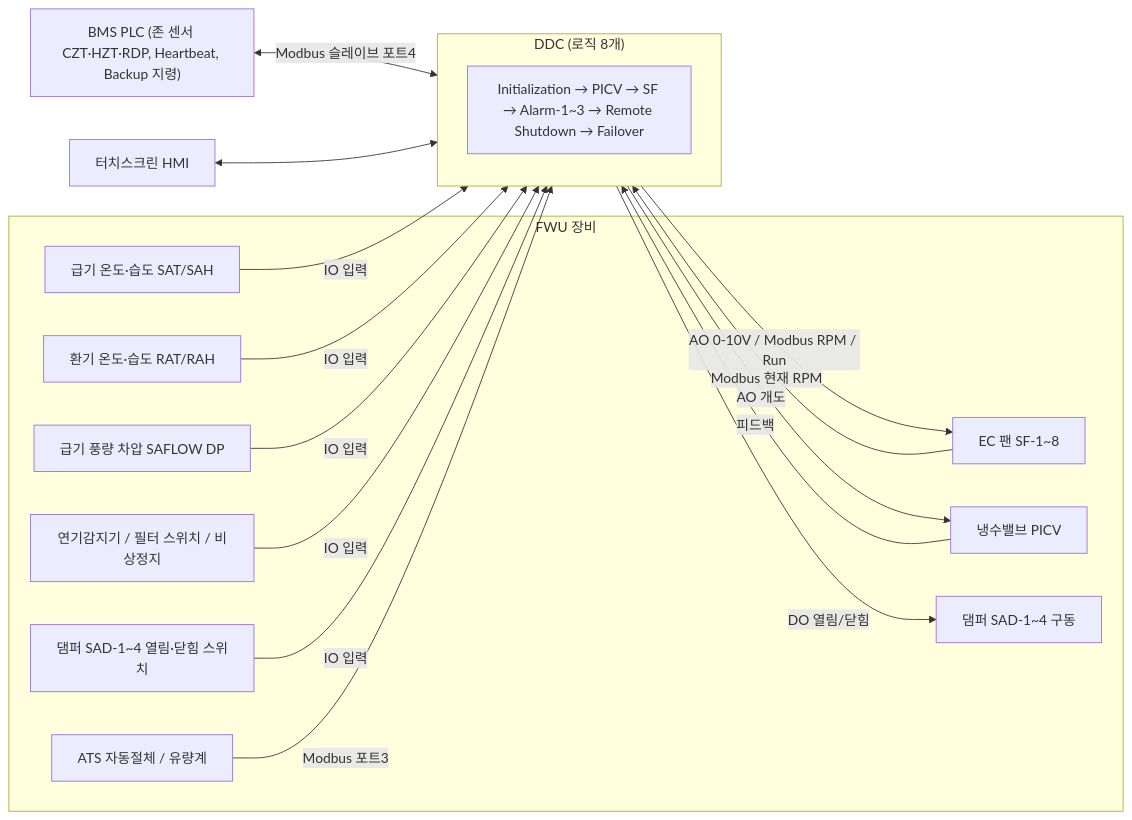
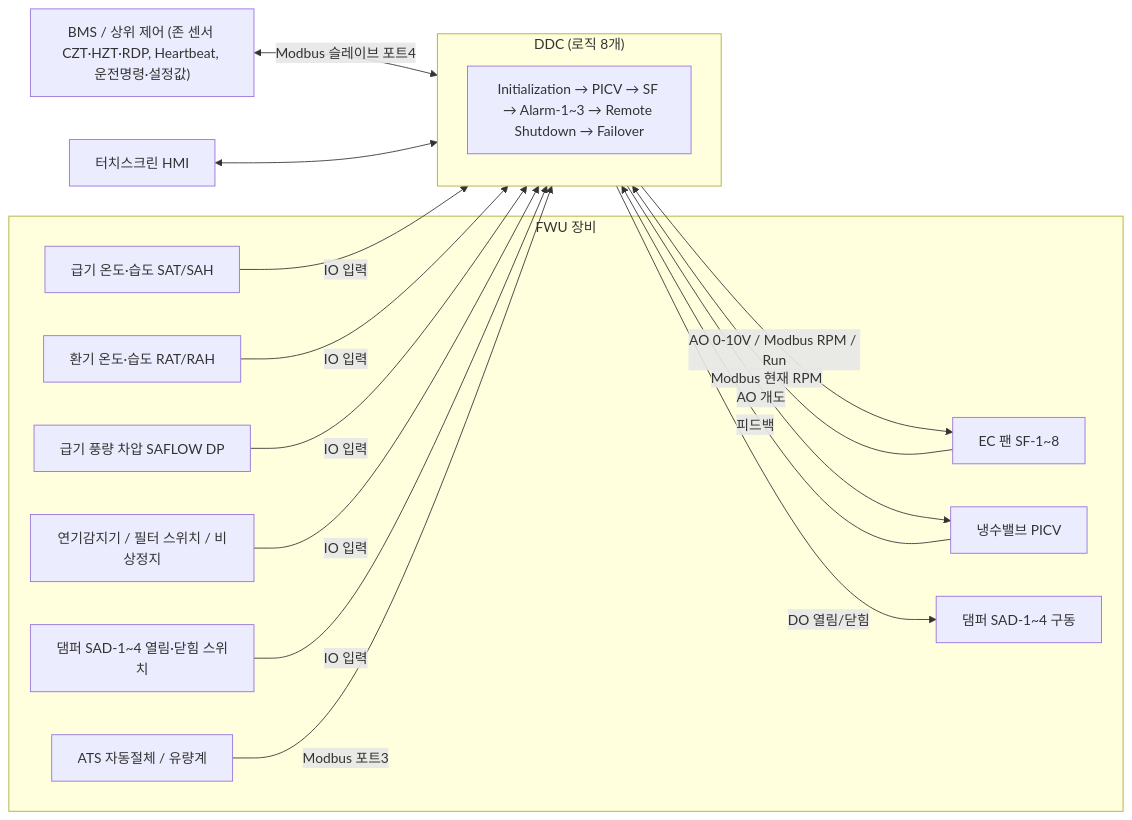
One commit to joo001121-create/FWU-logic changed the first of 12 diagrams in FWU_Logic_초보자_설명서.md. Above: the diagram before and after it, drawn with Mermaid. The commit also changed other lines of this file and 7 other files, not shown here.

````diff
--- a/FWU_Logic_초보자_설명서.md
+++ b/FWU_Logic_초보자_설명서.md
@@ -78,28 +91,28 @@
 ```mermaid
 flowchart LR
     subgraph 현장["FWU 장비"]
         S1["급기 온도·습도 SAT/SAH"]
         S2["환기 온도·습도 RAT/RAH"]
         S3["급기 풍량 차압 SAFLOW DP"]
         S4["연기감지기 / 필터 스위치 / 비상정지"]
         S5["댐퍼 SAD-1~4 열림·닫힘 스위치"]
         F["EC 팬 SF-1~8"]
         V["냉수밸브 PICV"]
         D["댐퍼 SAD-1~4 구동"]
         A["ATS 자동절체 / 유량계"]
     end
     subgraph DDC["DDC (로직 8개)"]
         L["Initialization → PICV → SF → Alarm-1~3 → Remote Shutdown → Failover"]
     end
-    BMS["BMS PLC (존 센서 CZT·HZT·RDP, Heartbeat, Backup 지령)"]
+    BMS["BMS / 상위 제어 (존 센서 CZT·HZT·RDP, Heartbeat, 운전명령·설정값)"]
     HMI["터치스크린 HMI"]
     S1 & S2 & S3 & S4 & S5 -->|"IO 입력"| DDC
     DDC -->|"AO 0-10V / Modbus RPM / Run"| F
     F -->|"Modbus 현재 RPM"| DDC
     DDC -->|"AO 개도"| V
     V -->|"피드백"| DDC
     DDC -->|"DO 열림/닫힘"| D
     A -->|"Modbus 포트3"| DDC
     BMS <-->|"Modbus 슬레이브 포트4"| DDC
     HMI <--> DDC
 ```
````
